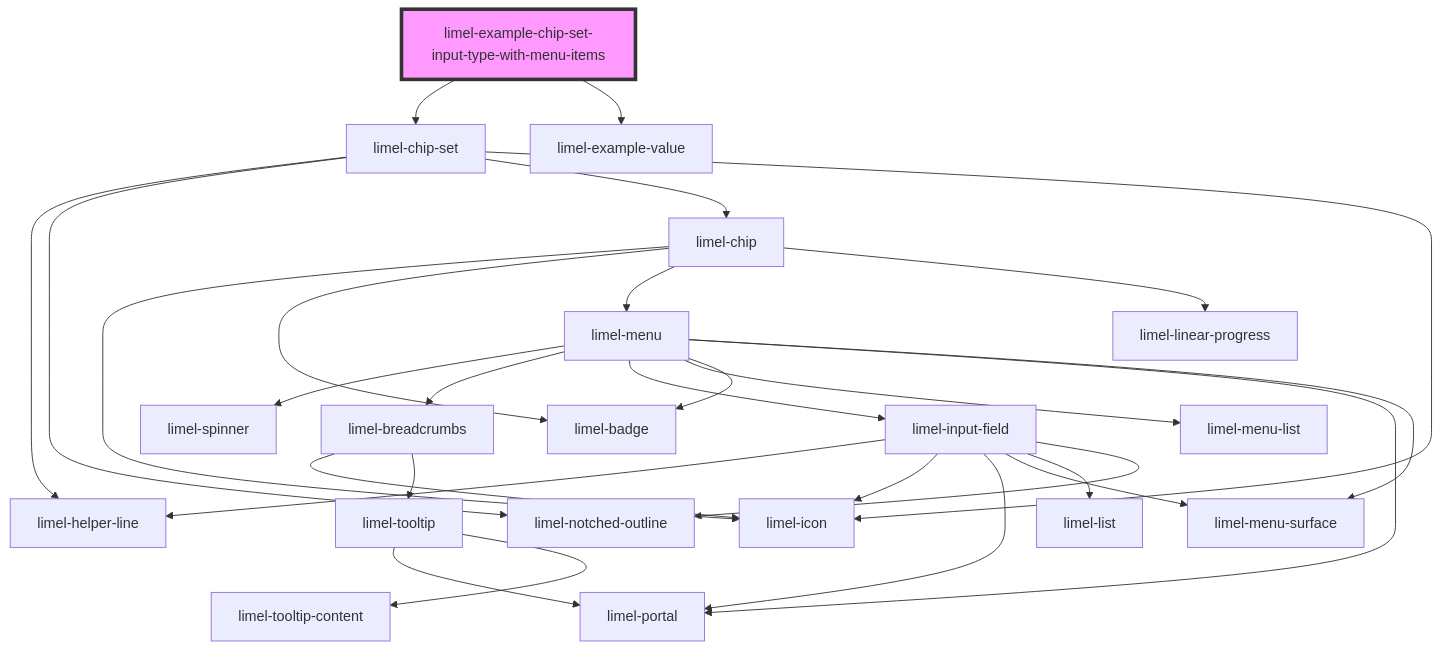
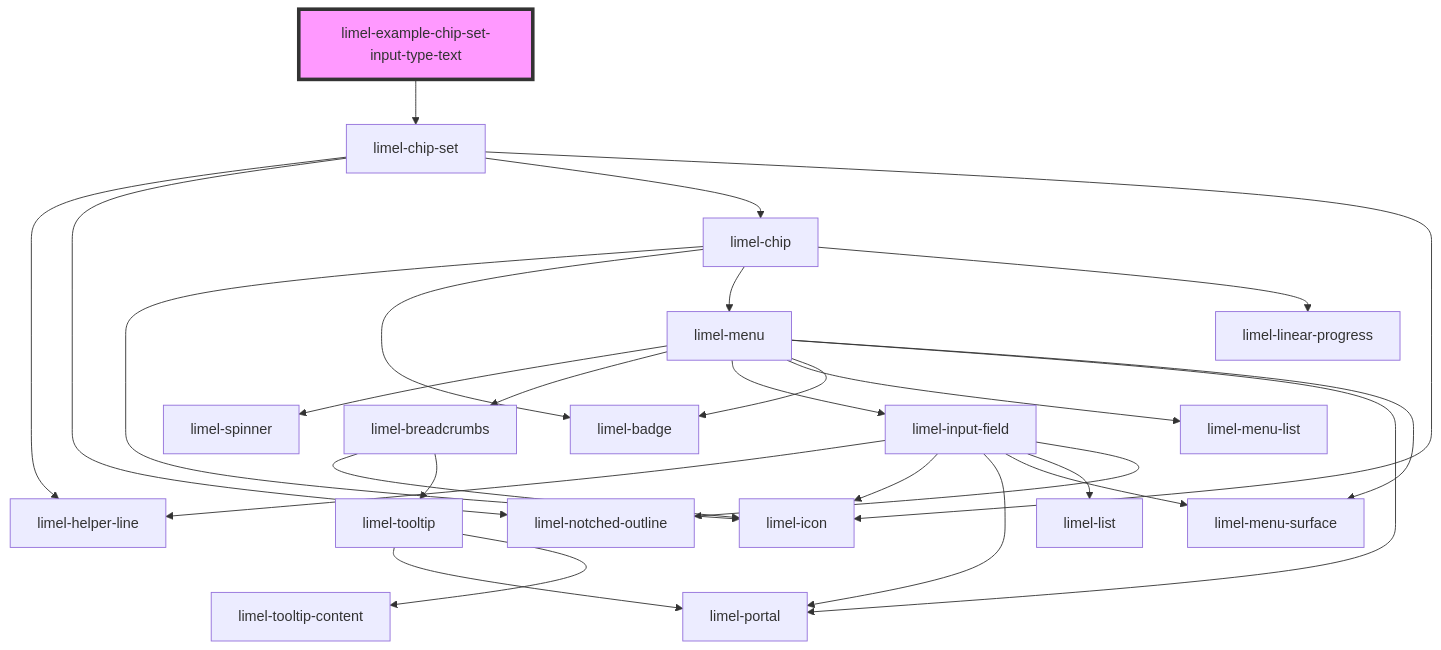
The diagram in versions/PR-3897/markdown-docs/components/chip-set/examples/readme.md (Lundalogik/lime-elements), drawn with Mermaid before and after one commit. The commit also changed other lines of this file and 3 other files, not shown here.

````diff
--- a/versions/PR-3897/markdown-docs/components/chip-set/examples/readme.md
+++ b/versions/PR-3897/markdown-docs/components/chip-set/examples/readme.md
@@ -30,31 +35,30 @@
 ```mermaid
 graph TD;
-  limel-example-chip-set-input-type-with-menu-items --> limel-chip-set
-  limel-example-chip-set-input-type-with-menu-items --> limel-example-value
+  limel-example-chip-set-input-type-text --> limel-chip-set
   limel-chip-set --> limel-helper-line
   limel-chip-set --> limel-notched-outline
   limel-chip-set --> limel-chip
   limel-chip-set --> limel-icon
   limel-chip --> limel-icon
   limel-chip --> limel-badge
   limel-chip --> limel-menu
   limel-chip --> limel-linear-progress
   limel-menu --> limel-spinner
   limel-menu --> limel-breadcrumbs
   limel-menu --> limel-input-field
   limel-menu --> limel-menu-list
   limel-menu --> limel-badge
   limel-menu --> limel-portal
   limel-menu --> limel-menu-surface
   limel-breadcrumbs --> limel-icon
   limel-breadcrumbs --> limel-tooltip
   limel-tooltip --> limel-portal
   limel-tooltip --> limel-tooltip-content
   limel-input-field --> limel-helper-line
   limel-input-field --> limel-icon
   limel-input-field --> limel-portal
   limel-input-field --> limel-menu-surface
   limel-input-field --> limel-list
   limel-input-field --> limel-notched-outline
-  style limel-example-chip-set-input-type-with-menu-items fill:#f9f,stroke:#333,stroke-width:4px
+  style limel-example-chip-set-input-type-text fill:#f9f,stroke:#333,stroke-width:4px
 ```
````
